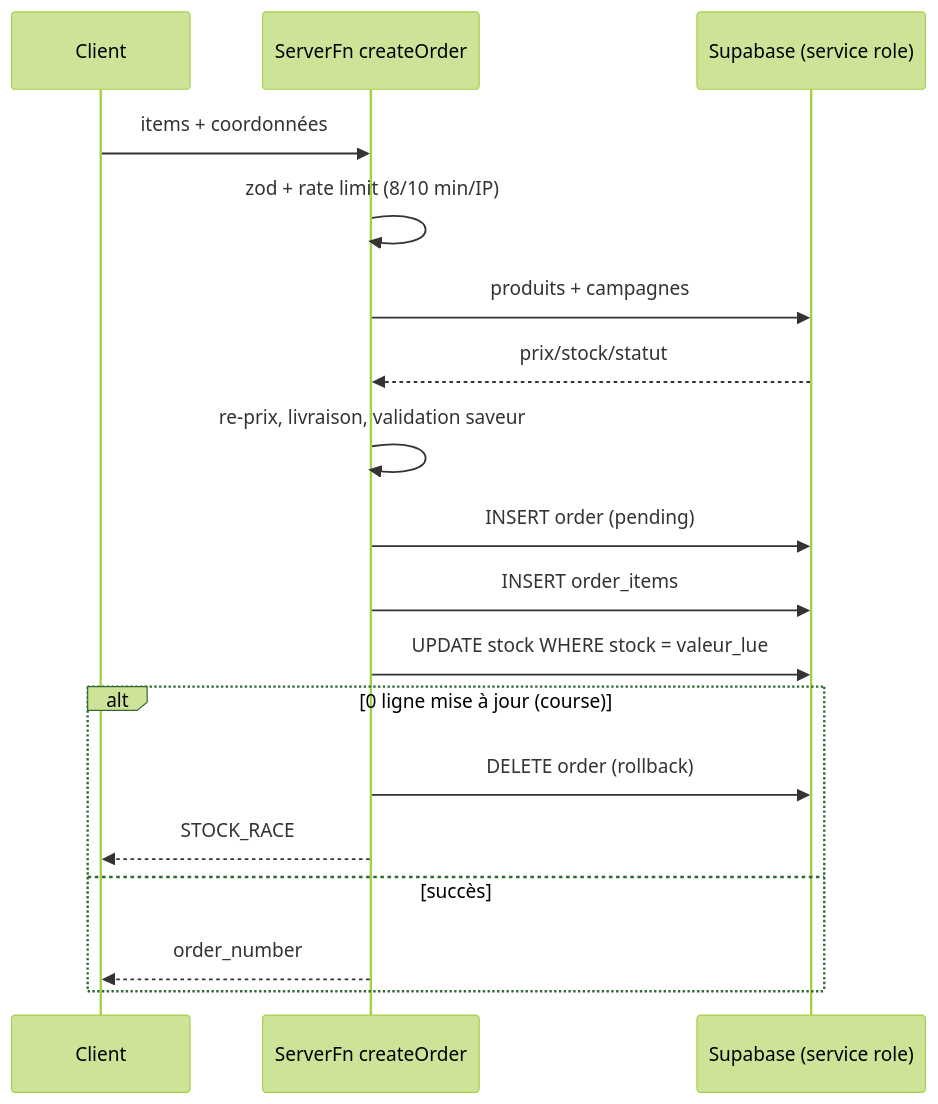
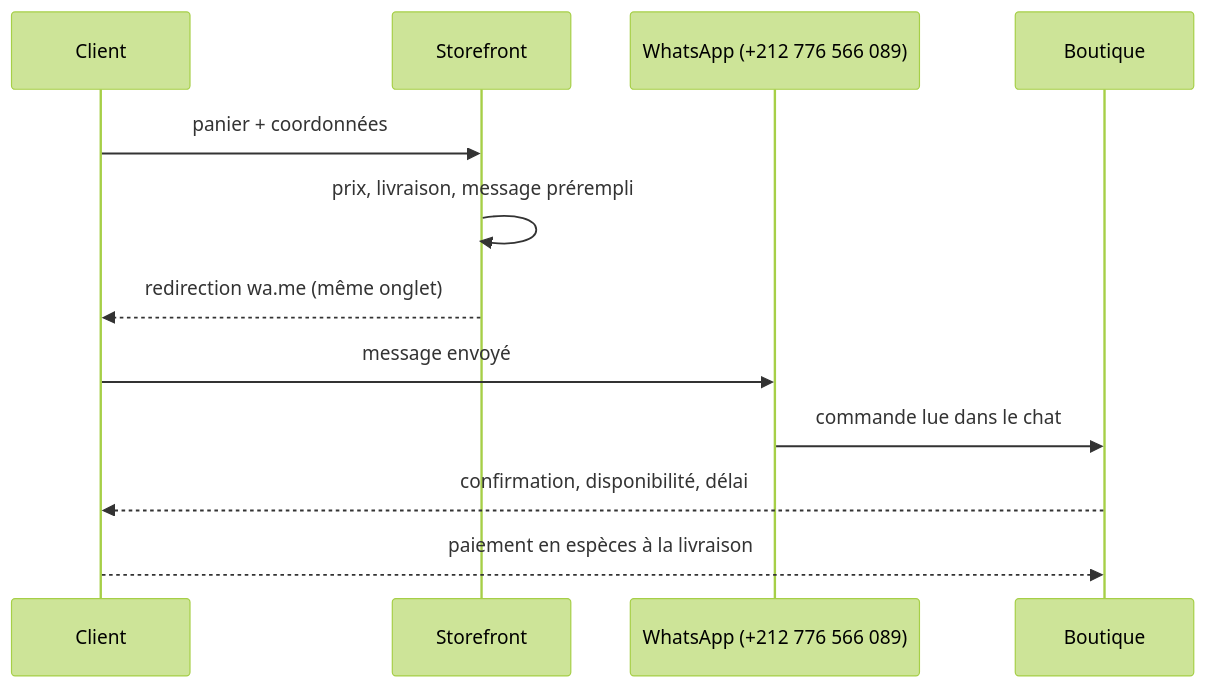
One commit to proteinstore26-morocco/proteinstore changed the second of 4 diagrams in docs/02-ux-ui.md. Above: the diagram before and after it, drawn with Mermaid (forest theme). The commit also changed other lines of this file and 40 other files, not shown here.

First line of the commit message:
Switch ordering to WhatsApp and remove editor branding/telemetry

````diff
--- a/docs/02-ux-ui.md
+++ b/docs/02-ux-ui.md
@@ -40,20 +40,14 @@
 ```mermaid
 sequenceDiagram
   participant C as Client
-  participant S as ServerFn createOrder
-  participant DB as Supabase (service role)
-  C->>S: items + coordonnées
-  S->>S: zod + rate limit (8/10 min/IP)
-  S->>DB: produits + campagnes
-  DB-->>S: prix/stock/statut
-  S->>S: re-prix, livraison, validation saveur
-  S->>DB: INSERT order (pending)
-  S->>DB: INSERT order_items
-  S->>DB: UPDATE stock WHERE stock = valeur_lue
-  alt 0 ligne mise à jour (course)
-    S->>DB: DELETE order (rollback)
-    S-->>C: STOCK_RACE
-  else succès
-    S-->>C: order_number
-  end
+  participant W as Storefront
+  participant WA as WhatsApp (+212 776 566 089)
+  participant S as Boutique
+  C->>W: panier + coordonnées
+  W->>W: prix, livraison, message prérempli
+  W-->>C: redirection wa.me (même onglet)
+  C->>WA: message envoyé
+  WA->>S: commande lue dans le chat
+  S-->>C: confirmation, disponibilité, délai
+  C-->>S: paiement en espèces à la livraison
 ```
````
